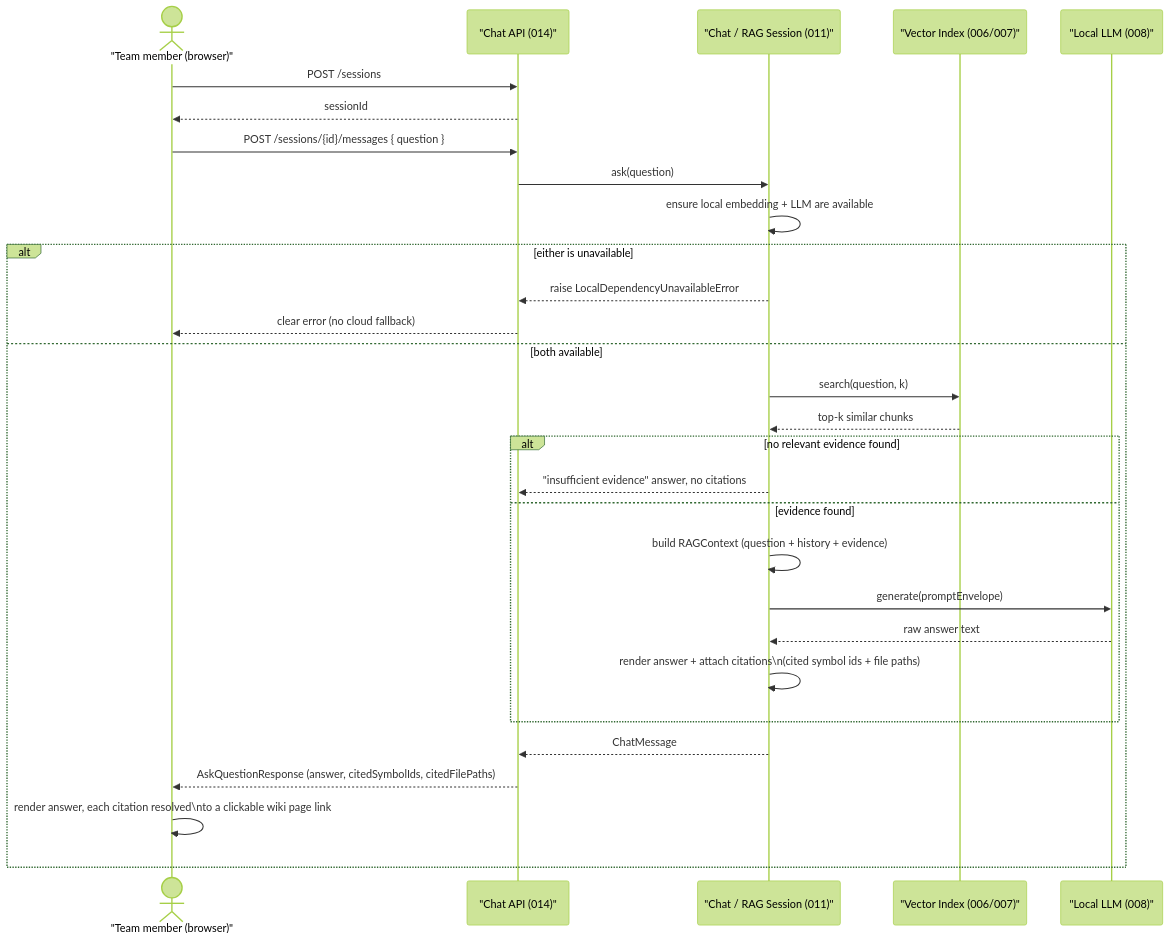
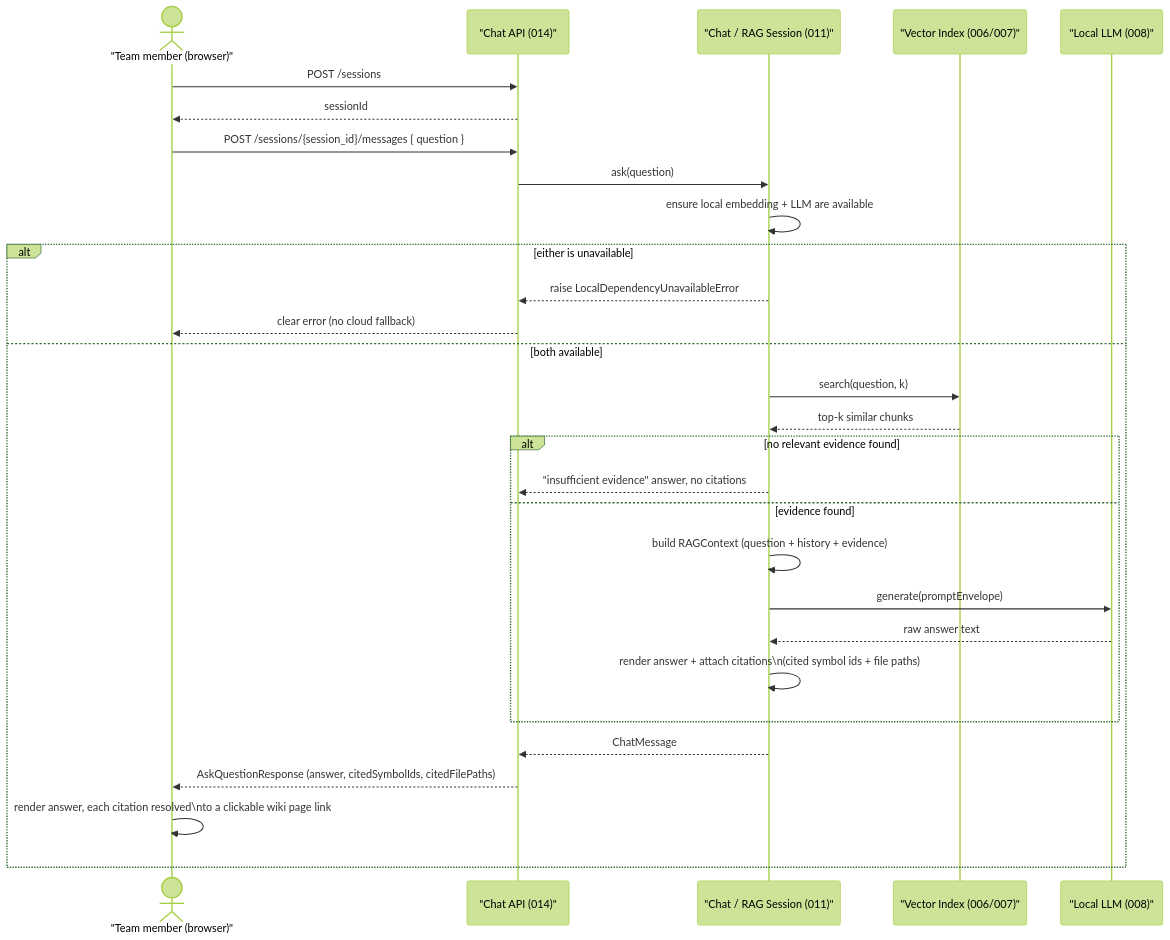
One commit to yassinelalaoui/codepedia changed the diagram in docs/diagrams/sequence-diagrams/03-chat-rag.md. Above: the diagram before and after it, drawn with Mermaid (forest theme). The commit also changed 3 other files, not shown here.

Commit message:
Update class and sequence diagrams to standardize session ID naming and enhance use case clarity

````diff
--- a/docs/diagrams/sequence-diagrams/03-chat-rag.md
+++ b/docs/diagrams/sequence-diagrams/03-chat-rag.md
@@ -8,33 +8,33 @@
 ```mermaid
 sequenceDiagram
     actor Reader as "Team member (browser)"
     participant ChatApiApp as "Chat API (014)"
     participant ChatSession as "Chat / RAG Session (011)"
     participant VectorIndex as "Vector Index (006/007)"
     participant LocalLLMEngine as "Local LLM (008)"
 
     Reader->>ChatApiApp: POST /sessions
     ChatApiApp-->>Reader: sessionId
 
-    Reader->>ChatApiApp: POST /sessions/{id}/messages { question }
+    Reader->>ChatApiApp: POST /sessions/{session_id}/messages { question }
     ChatApiApp->>ChatSession: ask(question)
     ChatSession->>ChatSession: ensure local embedding + LLM are available
     alt either is unavailable
         ChatSession-->>ChatApiApp: raise LocalDependencyUnavailableError
         ChatApiApp-->>Reader: clear error (no cloud fallback)
     else both available
         ChatSession->>VectorIndex: search(question, k)
         VectorIndex-->>ChatSession: top-k similar chunks
         alt no relevant evidence found
             ChatSession-->>ChatApiApp: "insufficient evidence" answer, no citations
         else evidence found
             ChatSession->>ChatSession: build RAGContext (question + history + evidence)
             ChatSession->>LocalLLMEngine: generate(promptEnvelope)
             LocalLLMEngine-->>ChatSession: raw answer text
             ChatSession->>ChatSession: render answer + attach citations\n(cited symbol ids + file paths)
         end
         ChatSession-->>ChatApiApp: ChatMessage
         ChatApiApp-->>Reader: AskQuestionResponse (answer, citedSymbolIds, citedFilePaths)
         Reader->>Reader: render answer, each citation resolved\nto a clickable wiki page link
     end
 ```
````
